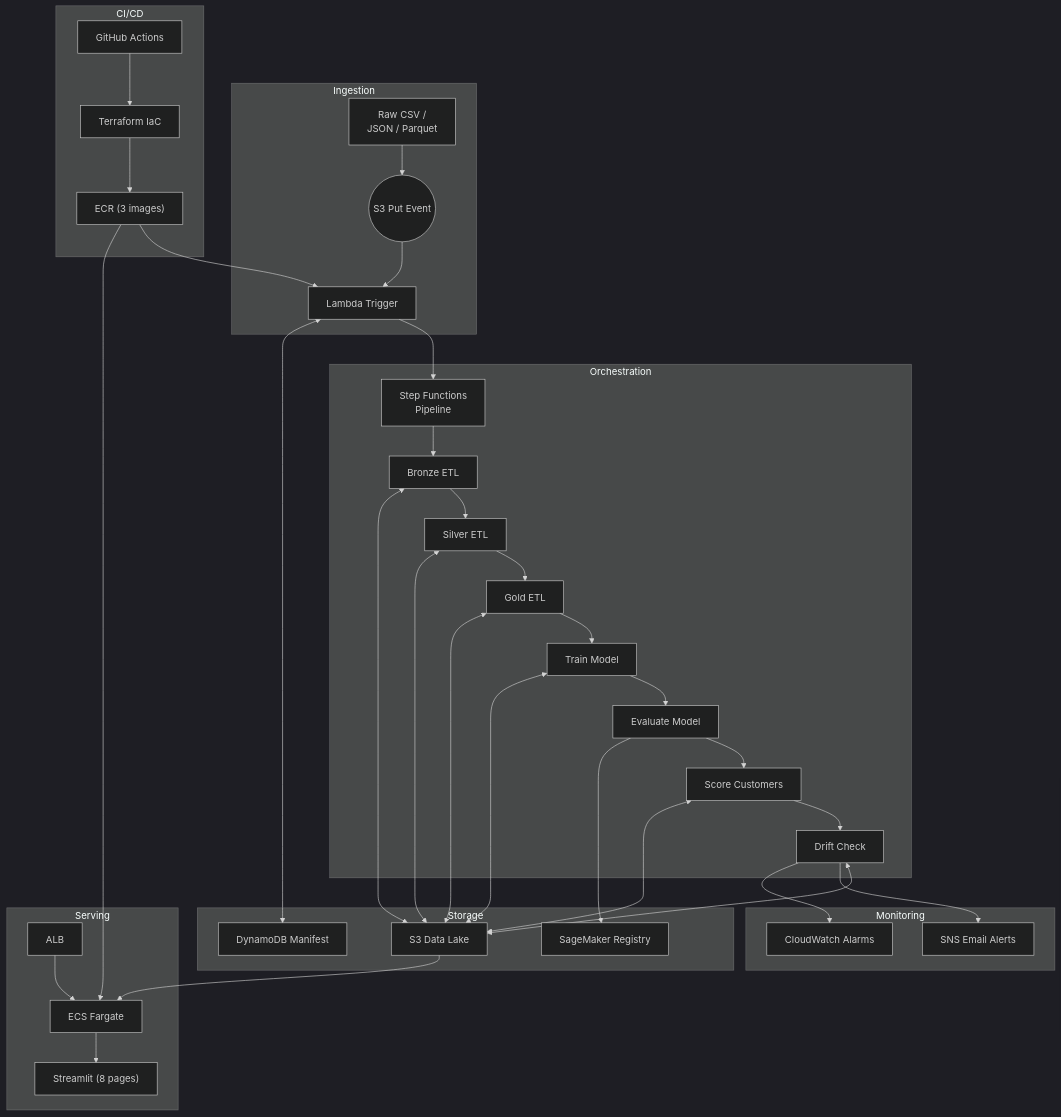
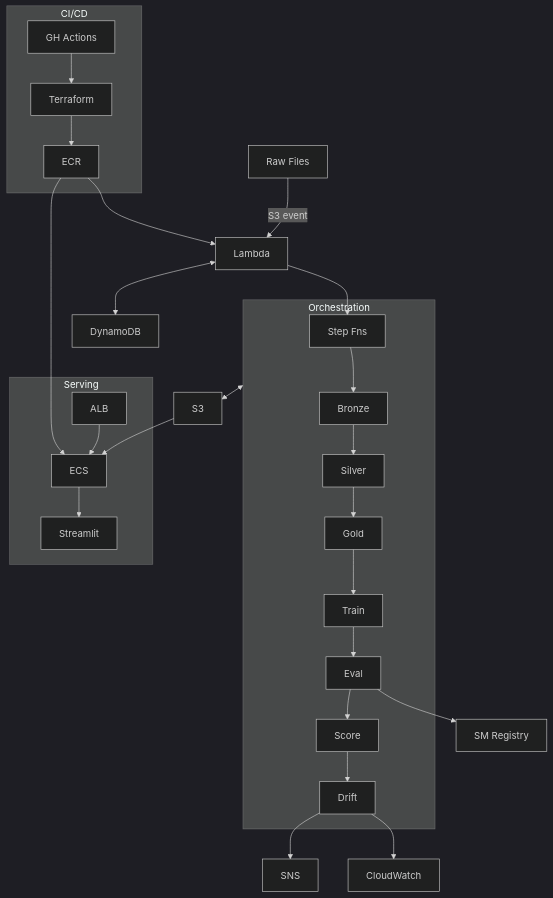
One commit to rawad-yared/bcgx-spanishgas-g1 changed the first of 8 diagrams in README.md. Above: the diagram before and after it, drawn with Mermaid (dark theme). The commit also changed other lines of this file, not shown here.

First line of the commit message:
Simplify all Mermaid diagrams to fix GitHub text truncation

````diff
--- a/README.md
+++ b/README.md
@@ -71,54 +71,27 @@
 ```mermaid
-graph TB
-    subgraph Ingestion
-        RAW["Raw CSV /<br>JSON / Parquet"]
-        S3PUT(("S3 Put Event"))
-        LAMBDA["Lambda Trigger"]
+flowchart TB
+    RAW[Raw Files] -->|S3 event| LM[Lambda]
+    LM <--> DDB[DynamoDB]
+    LM --> SFN
+
+    subgraph Orch[Orchestration]
+        SFN[Step Fns] --> BRZ[Bronze] --> SLV[Silver] --> GLD[Gold]
+        GLD --> TRN[Train] --> EVL[Eval] --> SCR[Score] --> DFT[Drift]
     end
 
-    subgraph Orchestration
-        SFN["Step Functions<br>Pipeline"]
-        BRONZE["Bronze ETL"]
-        SILVER["Silver ETL"]
-        GOLD["Gold ETL"]
-        TRAIN["Train Model"]
-        EVAL["Evaluate Model"]
-        SCORE["Score Customers"]
-        DRIFT["Drift Check"]
+    Orch <--> S3[S3]
+    EVL --> REG[SM Registry]
+    DFT --> SNS_N[SNS]
+    DFT --> CW[CloudWatch]
+    S3 --> ECS
+
+    subgraph Serve[Serving]
+        ALB --> ECS --> ST[Streamlit]
     end
 
-    subgraph Storage
-        S3["S3 Data Lake"]
-        DYNAMO["DynamoDB Manifest"]
-        REGISTRY["SageMaker Registry"]
+    subgraph CD[CI/CD]
+        GHA[GH Actions] --> TF[Terraform] --> ECR
     end
 
-    subgraph Monitoring
-        CW["CloudWatch Alarms"]
-        SNS["SNS Email Alerts"]
-    end
-
-    subgraph Serving
-        ALB["ALB"]
-        ECS["ECS Fargate"]
-        STREAMLIT["Streamlit (8 pages)"]
-    end
-
-    subgraph CICD["CI/CD"]
-        GHA["GitHub Actions"]
-        TF["Terraform IaC"]
-        ECR["ECR (3 images)"]
-    end
-
-    RAW --> S3PUT --> LAMBDA --> SFN
-    SFN --> BRONZE --> SILVER --> GOLD --> TRAIN --> EVAL --> SCORE --> DRIFT
-    BRONZE & SILVER & GOLD & TRAIN & SCORE & DRIFT <--> S3
-    LAMBDA <--> DYNAMO
-    EVAL --> REGISTRY
-    DRIFT --> SNS
-    DRIFT --> CW
-    S3 --> ECS
-    ALB --> ECS --> STREAMLIT
-    GHA --> TF --> ECR
-    ECR --> LAMBDA & ECS
+    ECR --> LM & ECS
 ```
````
